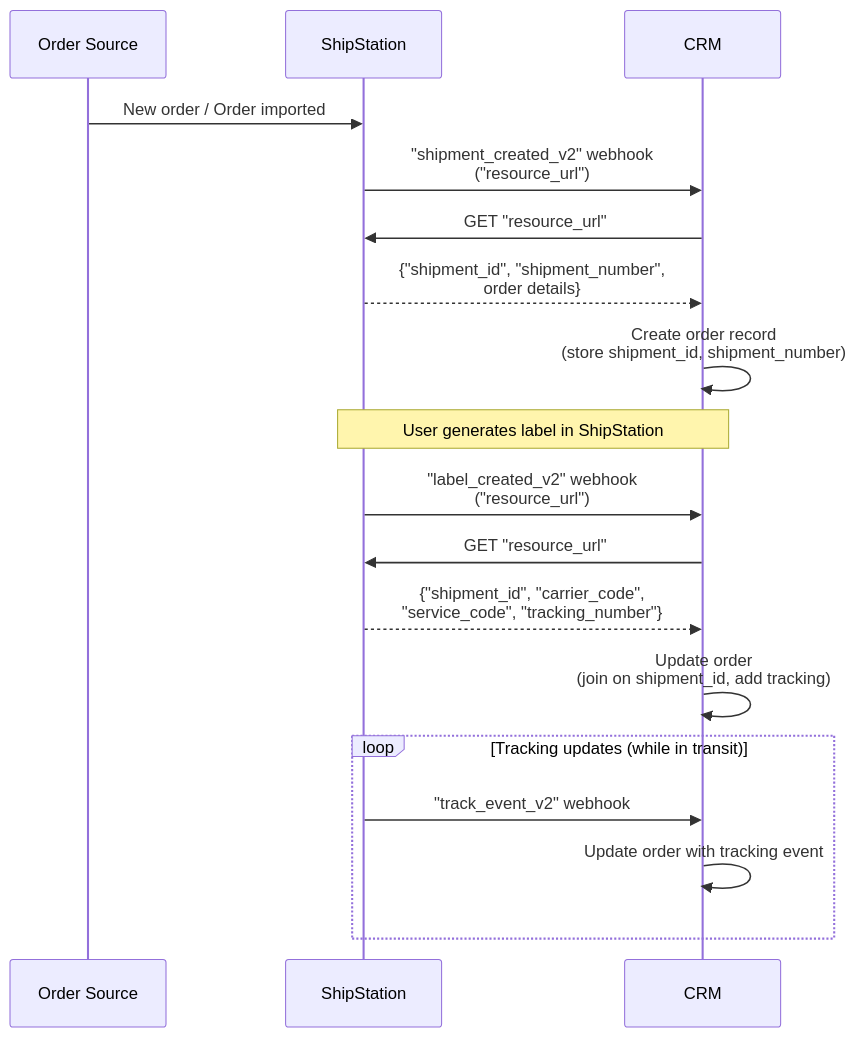
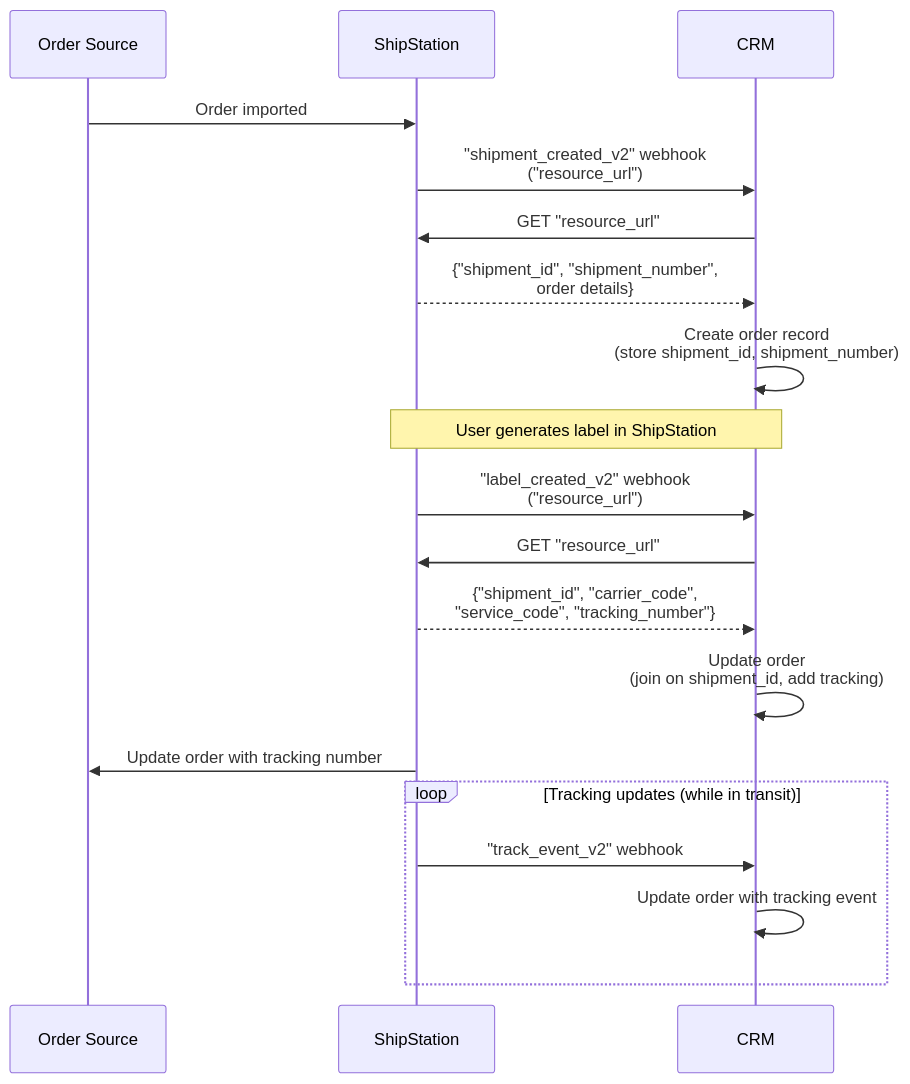
The diagram in patterns/order lifecycle/crm-sync.md (pmcgee-personal/shipstation-integration-toolkit), drawn with Mermaid before and after one commit. The commit also changed 6 other files, not shown here.

````diff
--- a/patterns/order lifecycle/crm-sync.md
+++ b/patterns/order lifecycle/crm-sync.md
@@ -9,23 +9,24 @@
 ```mermaid
 sequenceDiagram
     participant Store as Order Source
     participant SS as ShipStation
     participant CRM as CRM
 
-    Store->>SS: New order / Order imported
+    Store->>SS: Order imported
     SS->>CRM: "shipment_created_v2" webhook<br/>("resource_url")
     CRM->>SS: GET "resource_url"
     SS-->>CRM: {"shipment_id", "shipment_number",<br/>order details}
     CRM->>CRM: Create order record<br/>(store shipment_id, shipment_number)
 
     Note over SS,CRM: User generates label in ShipStation
     SS->>CRM: "label_created_v2" webhook<br/>("resource_url")
     CRM->>SS: GET "resource_url"
     SS-->>CRM: {"shipment_id", "carrier_code",<br/>"service_code", "tracking_number"}
     CRM->>CRM: Update order<br/>(join on shipment_id, add tracking)
+    SS->>Store: Update order with tracking number
 
     loop Tracking updates (while in transit)
         SS->>CRM: "track_event_v2" webhook
         CRM->>CRM: Update order with tracking event
     end
 ```
````
